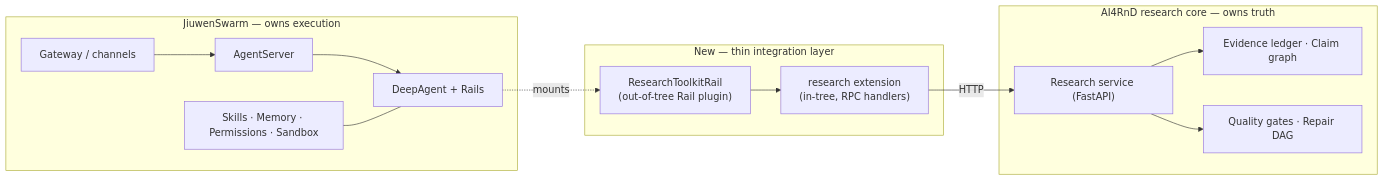
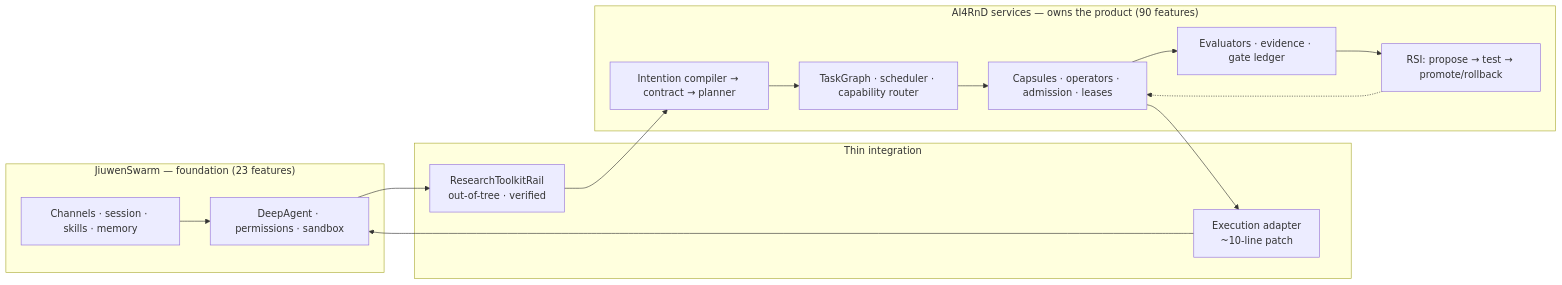
The diagram in docs/analysis/ai4rnd-jiuwenswarm/README.md (suraj-subrahmanyan/jiuwenswarm), drawn with Mermaid before and after one commit. The commit also changed other lines of this file and 17 other files, not shown here.

````diff
--- a/docs/analysis/ai4rnd-jiuwenswarm/README.md
+++ b/docs/analysis/ai4rnd-jiuwenswarm/README.md
@@ -107,26 +155,22 @@
 ```mermaid
 flowchart LR
-    subgraph JW["JiuwenSwarm — owns execution"]
-        GW["Gateway / channels"]
-        AS["AgentServer"]
-        DA["DeepAgent + Rails"]
-        SK["Skills · Memory · Permissions · Sandbox"]
+    subgraph JW["JiuwenSwarm — foundation (23 features)"]
+        CH["Channels · session · skills · memory"]
+        EX["DeepAgent · permissions · sandbox"]
     end
-    subgraph NEW["New — thin integration layer"]
-        RAIL["ResearchToolkitRail<br/>(out-of-tree Rail plugin)"]
-        EXT["research extension<br/>(in-tree, RPC handlers)"]
+    subgraph GL["Thin integration"]
+        RL["ResearchToolkitRail<br/>out-of-tree · verified"]
+        AD["Execution adapter<br/>~10-line patch"]
     end
-    subgraph AI["AI4RnD research core — owns truth"]
-        SVC["Research service (FastAPI)"]
-        LEDGER["Evidence ledger · Claim graph"]
-        GATES["Quality gates · Repair DAG"]
+    subgraph AI["AI4RnD services — owns the product (90 features)"]
+        CO["Intention compiler → contract → planner"]
+        SC["TaskGraph · scheduler · capability router"]
+        CP["Capsules · operators · admission · leases"]
+        EV["Evaluators · evidence · gate ledger"]
+        RS["RSI: propose → test → promote/rollback"]
     end
-
-    GW --> AS --> DA
-    DA -.mounts.-> RAIL
-    RAIL --> EXT
-    EXT -->|HTTP| SVC
-    SVC --> LEDGER
-    SVC --> GATES
-    SK --- DA
+    CH --> EX --> RL --> CO --> SC --> CP
+    CP --> AD --> EX
+    CP --> EV --> RS
+    RS -.-> CP
 ```
````
